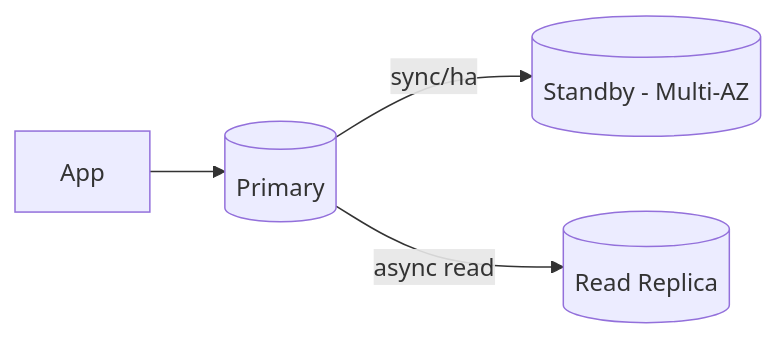
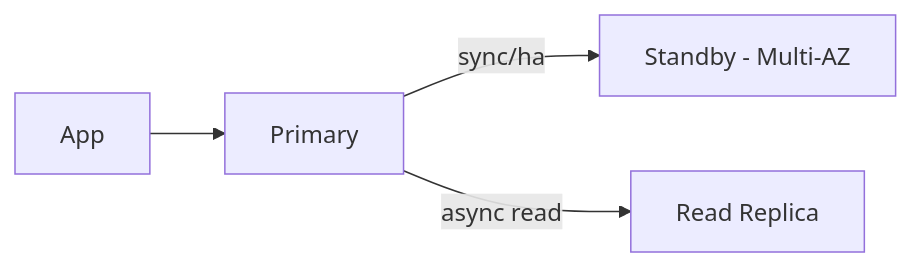
One commit to niceguy61/aws-saa-lecture-2026 changed the diagram in aws-saa/week02-domain02-resilient-architectures/day04/01-theory.md. Above: the diagram before and after it, drawn with Mermaid. The commit also changed other lines of this file and 11 other files, not shown here.

Commit message:
Harden mermaid diagrams for GitHub rendering

````diff
--- a/aws-saa/week02-domain02-resilient-architectures/day04/01-theory.md
+++ b/aws-saa/week02-domain02-resilient-architectures/day04/01-theory.md
@@ -18,6 +18,6 @@
 ```mermaid
 flowchart LR
-  App[App] --> DBP[(Primary)]
-  DBP -->|sync/ha| DBS[(Standby - Multi-AZ)]
-  DBP -->|async read| RR[(Read Replica)]
+  App[App] --> DBP[Primary]
+  DBP -->|sync/ha| DBS[Standby - Multi-AZ]
+  DBP -->|async read| RR[Read Replica]
 ```
````
